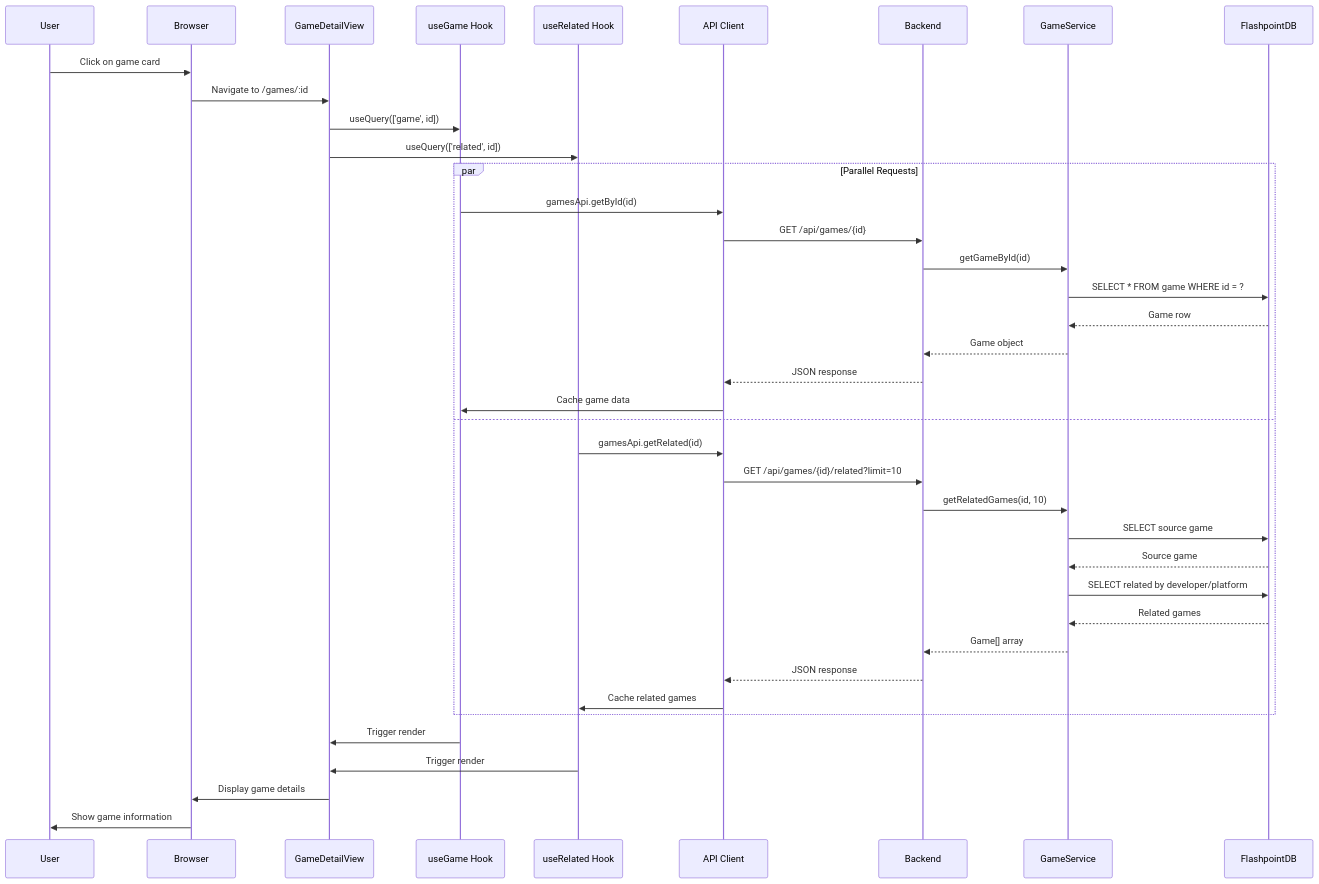
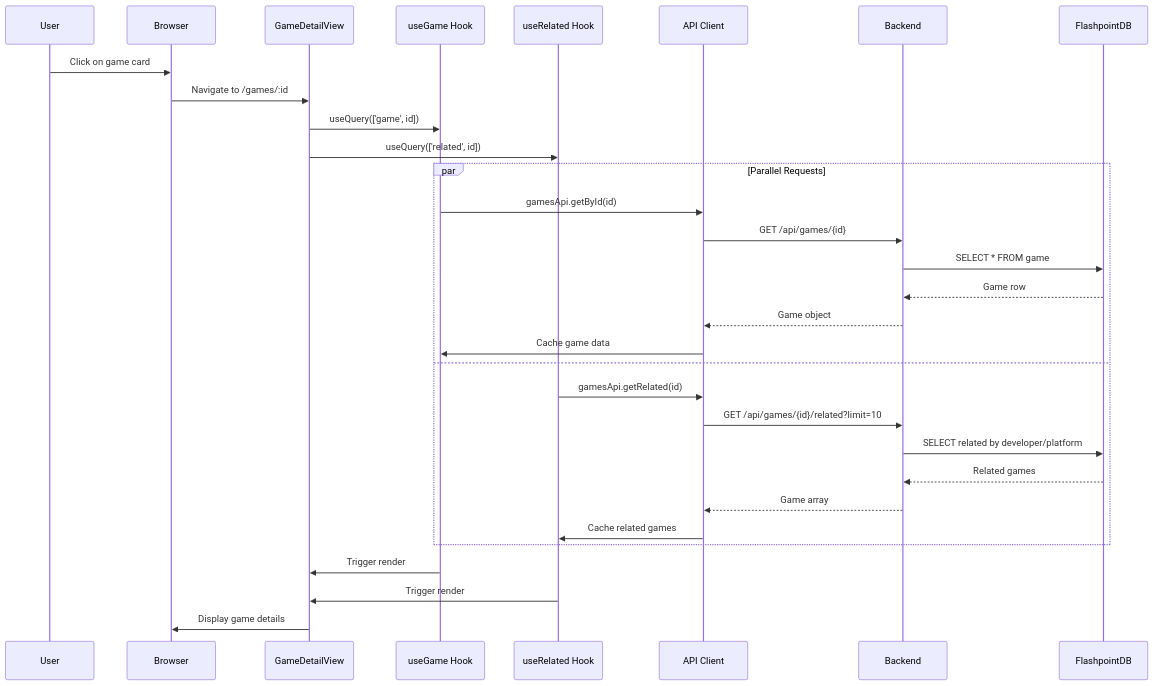
Before and after one commit to darkraise/flashpoint-web: the second of 9 diagrams in docs/02-architecture/data-flow-diagrams.md, drawn with Mermaid. The commit also changed other lines of this file and 98 other files, not shown here.

````diff
--- a/docs/02-architecture/data-flow-diagrams.md
+++ b/docs/02-architecture/data-flow-diagrams.md
@@ -137,44 +50,36 @@
 ```mermaid
 sequenceDiagram
     participant User
     participant Browser
     participant GameDetailView
     participant useGame Hook
     participant useRelated Hook
     participant API Client
     participant Backend
-    participant GameService
     participant FlashpointDB
 
     User->>Browser: Click on game card
     Browser->>GameDetailView: Navigate to /games/:id
     GameDetailView->>useGame Hook: useQuery(['game', id])
     GameDetailView->>useRelated Hook: useQuery(['related', id])
 
     par Parallel Requests
         useGame Hook->>API Client: gamesApi.getById(id)
         API Client->>Backend: GET /api/games/{id}
-        Backend->>GameService: getGameById(id)
-        GameService->>FlashpointDB: SELECT * FROM game WHERE id = ?
-        FlashpointDB-->>GameService: Game row
-        GameService-->>Backend: Game object
-        Backend-->>API Client: JSON response
+        Backend->>FlashpointDB: SELECT * FROM game
+        FlashpointDB-->>Backend: Game row
+        Backend-->>API Client: Game object
         API Client->>useGame Hook: Cache game data
     and
         useRelated Hook->>API Client: gamesApi.getRelated(id)
         API Client->>Backend: GET /api/games/{id}/related?limit=10
-        Backend->>GameService: getRelatedGames(id, 10)
-        GameService->>FlashpointDB: SELECT source game
-        FlashpointDB-->>GameService: Source game
-        GameService->>FlashpointDB: SELECT related by developer/platform
-        FlashpointDB-->>GameService: Related games
-        GameService-->>Backend: Game[] array
-        Backend-->>API Client: JSON response
+        Backend->>FlashpointDB: SELECT related by developer/platform
+        FlashpointDB-->>Backend: Related games
+        Backend-->>API Client: Game array
         API Client->>useRelated Hook: Cache related games
     end
 
     useGame Hook->>GameDetailView: Trigger render
     useRelated Hook->>GameDetailView: Trigger render
     GameDetailView->>Browser: Display game details
-    Browser->>User: Show game information
 ```
````
